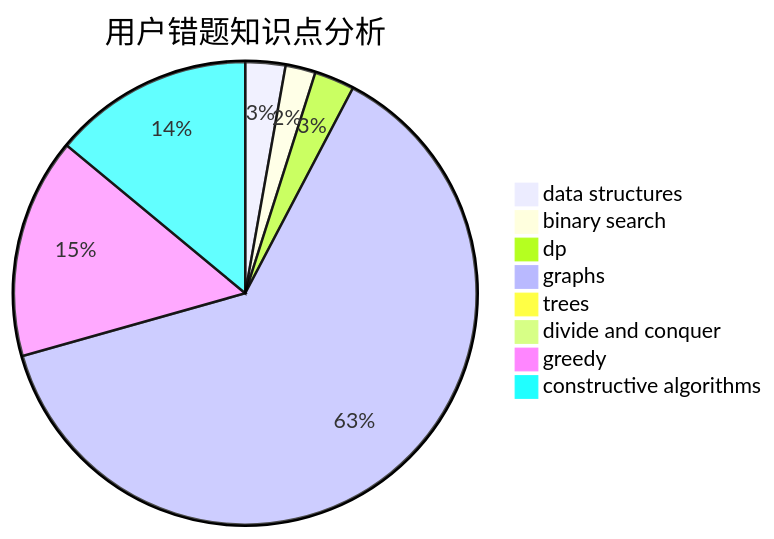
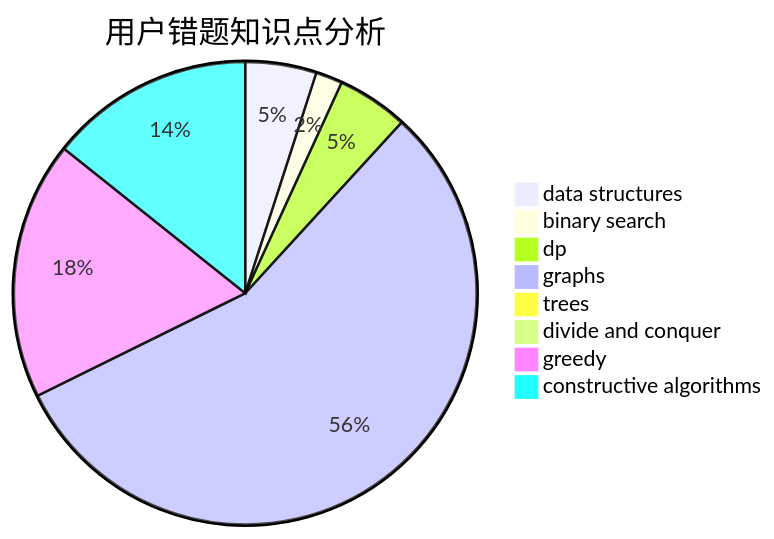
The third of 3 diagrams in docs/user/u1063.md (sherpahu/cfrs.github.io), drawn with Mermaid before and after one commit. The commit also changed other lines of this file and 2770 other files, not shown here.

````diff
--- a/docs/user/u1063.md
+++ b/docs/user/u1063.md
@@ -36,11 +36,11 @@
 ```mermaid
 pie title 用户错题知识点分析
-    "data structures" :  4
+    "data structures" :  8
     "binary search" :  3
-    "dp" :  4
+    "dp" :  8
     "graphs" :  90
     "trees" :  0
     "divide and conquer" :  0
-    "greedy" :  22
-    "constructive algorithms" :  20
+    "greedy" :  29
+    "constructive algorithms" :  23
 ```
````
